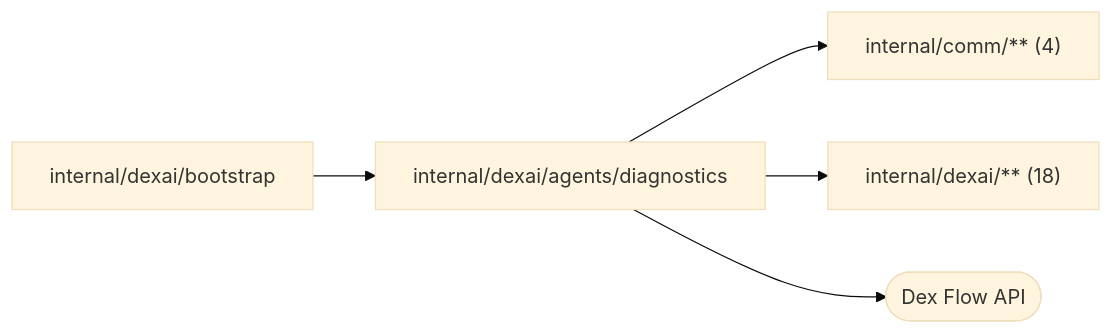
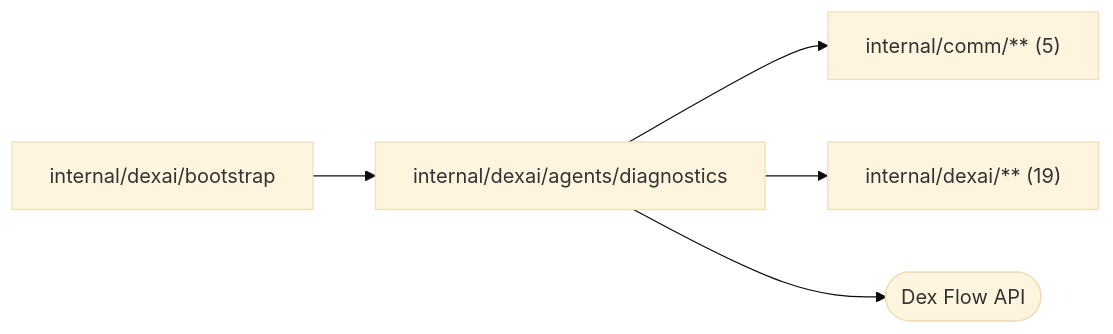
Before and after one commit to superdurable/superverse: the diagram in internal/dexai/agents/diagnostics/README.md, drawn with Mermaid (base theme). The commit also changed other lines of this file and 43 other files, not shown here.

````diff
--- a/internal/dexai/agents/diagnostics/README.md
+++ b/internal/dexai/agents/diagnostics/README.md
@@ -10,8 +10,8 @@
 ```mermaid
 flowchart LR
   self["internal/dexai/agents/diagnostics"]
   c0["internal/dexai/bootstrap"] --> self
-  self --> d0["internal/comm/** (4)"]
-  self --> d1["internal/dexai/** (18)"]
+  self --> d0["internal/comm/** (5)"]
+  self --> d1["internal/dexai/** (19)"]
   self --> e0(["Dex Flow API"])
 ```
````
